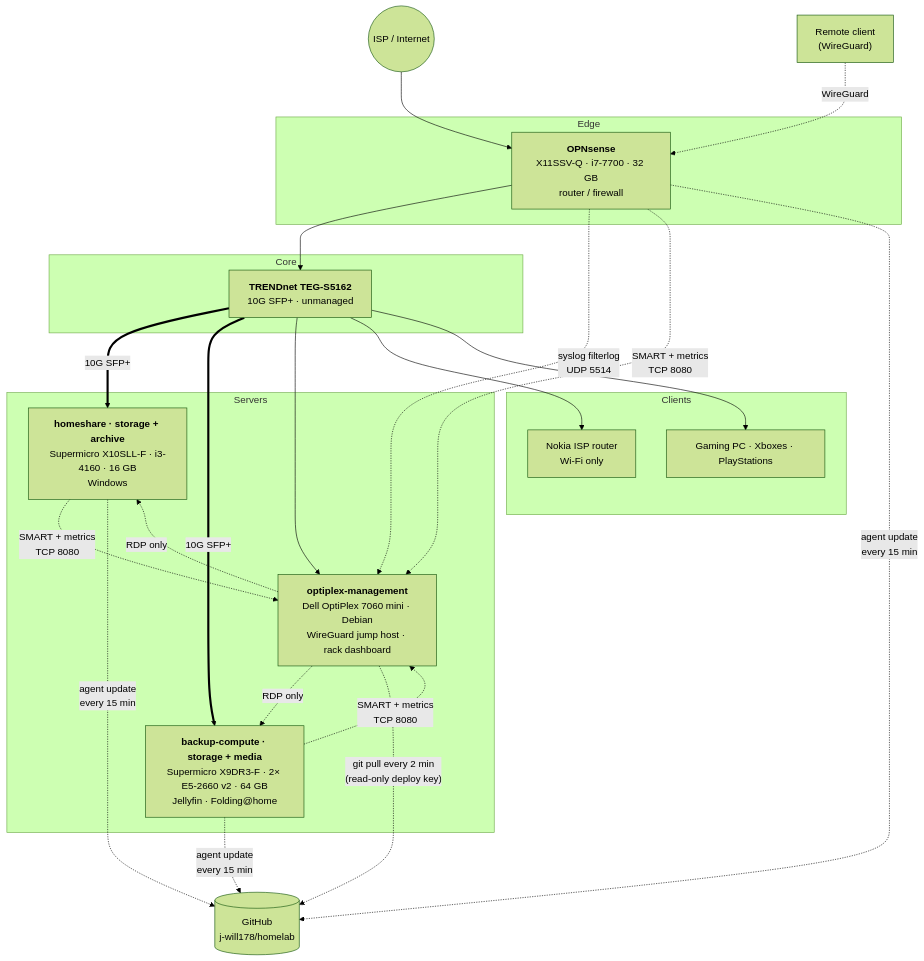
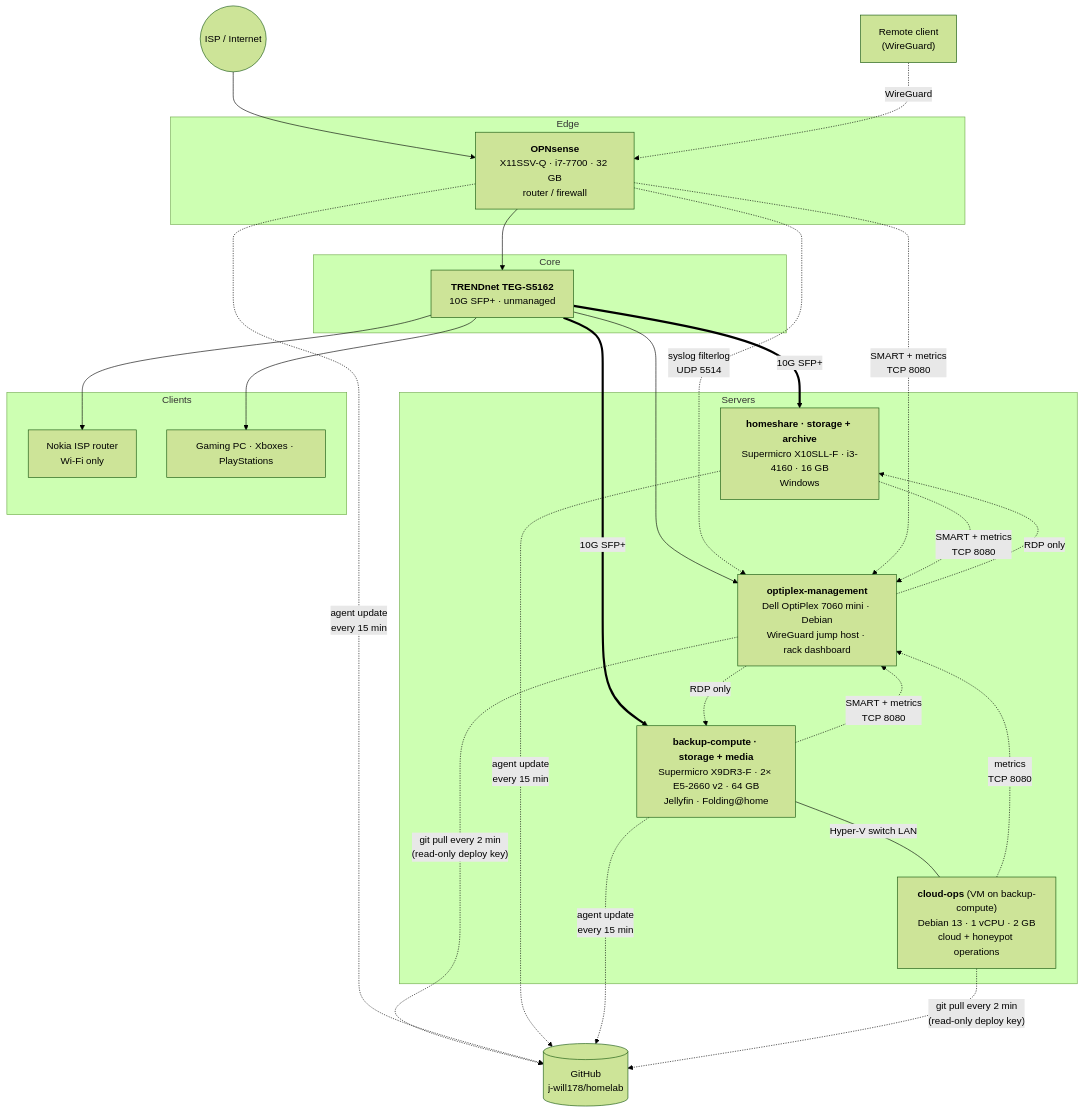
Before and after one commit to j-will178/homelab-showcase: the first of 2 diagrams in docs/topology.md, drawn with Mermaid (forest theme). The commit also changed other lines of this file and 30 other files, not shown here.

````diff
--- a/docs/topology.md
+++ b/docs/topology.md
@@ -22,46 +23,50 @@
 ```mermaid
 flowchart TB
     WAN(("ISP / Internet"))
     VPN["Remote client<br/>(WireGuard)"]
 
     subgraph EDGE["Edge"]
         OPN["<b>OPNsense</b><br/>X11SSV-Q · i7-7700 · 32 GB<br/>router / firewall"]
     end
 
     subgraph CORE["Core"]
         SW["<b>TRENDnet TEG-S5162</b><br/>10G SFP+ · unmanaged"]
     end
 
     subgraph SERVERS["Servers"]
         M1["<b>homeshare · storage + archive</b><br/>Supermicro X10SLL-F · i3-4160 · 16 GB<br/>Windows"]
         M2["<b>backup-compute · storage + media</b><br/>Supermicro X9DR3-F · 2× E5-2660 v2 · 64 GB<br/>Jellyfin · Folding@home"]
         OPT["<b>optiplex-management</b><br/>Dell OptiPlex 7060 mini · Debian<br/>WireGuard jump host · rack dashboard"]
+        CO["<b>cloud-ops</b> (VM on backup-compute)<br/>Debian 13 · 1 vCPU · 2 GB<br/>cloud + honeypot operations"]
     end
 
     subgraph CLIENTS["Clients"]
         NOKIA["Nokia ISP router<br/>Wi-Fi only"]
         GAME["Gaming PC · Xboxes · PlayStations"]
     end
 
     WAN --> OPN
     VPN -. "WireGuard" .-> OPN
     OPN --> SW
     SW == "10G SFP+" ==> M1
     SW == "10G SFP+" ==> M2
+    M2 -- "Hyper-V switch LAN" --- CO
     SW --> OPT
     SW --> NOKIA
     SW --> GAME
 
     OPN -. "syslog filterlog<br/>UDP 5514" .-> OPT
     OPN -. "SMART + metrics<br/>TCP 8080" .-> OPT
     M1 -. "SMART + metrics<br/>TCP 8080" .-> OPT
     M2 -. "SMART + metrics<br/>TCP 8080" .-> OPT
+    CO -. "metrics<br/>TCP 8080" .-> OPT
     OPT -. "RDP only" .-> M1
     OPT -. "RDP only" .-> M2
 
     GH[("GitHub<br/>j-will178/homelab")]
     OPT -. "git pull every 2 min<br/>(read-only deploy key)" .-> GH
     OPN -. "agent update<br/>every 15 min" .-> GH
     M1 -. "agent update<br/>every 15 min" .-> GH
     M2 -. "agent update<br/>every 15 min" .-> GH
+    CO -. "git pull every 2 min<br/>(read-only deploy key)" .-> GH
 ```
````
